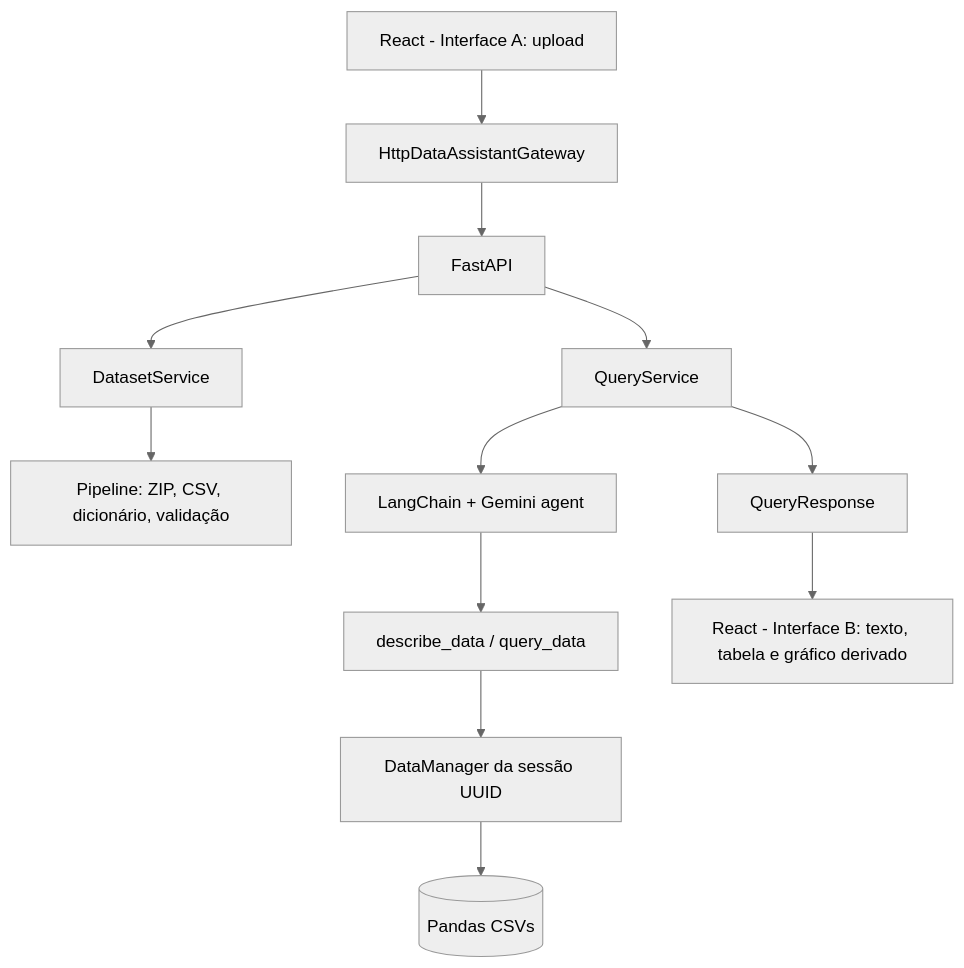
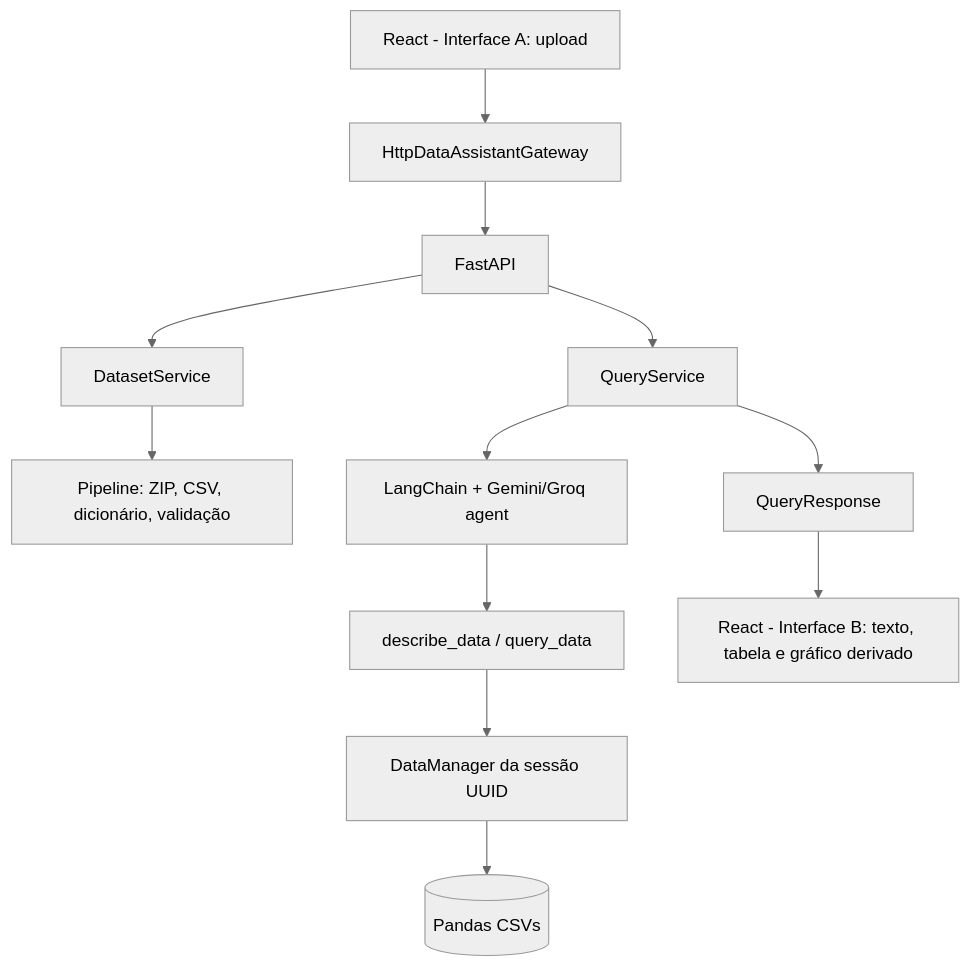
The diagram in docs/arquitetura.md (Ivy2s/Desafio-I2A2-D4-Desenvolvimento-Agentes-Inteligentes), drawn with Mermaid (neutral theme) before and after one commit. The commit also changed other lines of this file and 14 other files, not shown here.

````diff
--- a/docs/arquitetura.md
+++ b/docs/arquitetura.md
@@ -3,14 +3,14 @@
 ```mermaid
 flowchart TD
   A[React - Interface A: upload] --> G[HttpDataAssistantGateway]
   G --> API[FastAPI]
   API --> DS[DatasetService]
   API --> QS[QueryService]
   DS --> P[Pipeline: ZIP, CSV, dicionário, validação]
-  QS --> AG[LangChain + Gemini agent]
+  QS --> AG[LangChain + Gemini/Groq agent]
   AG --> T[describe_data / query_data]
   T --> DM[DataManager da sessão UUID]
   DM --> D[(Pandas CSVs)]
   QS --> R[QueryResponse]
   R --> B[React - Interface B: texto, tabela e gráfico derivado]
 ```
````
